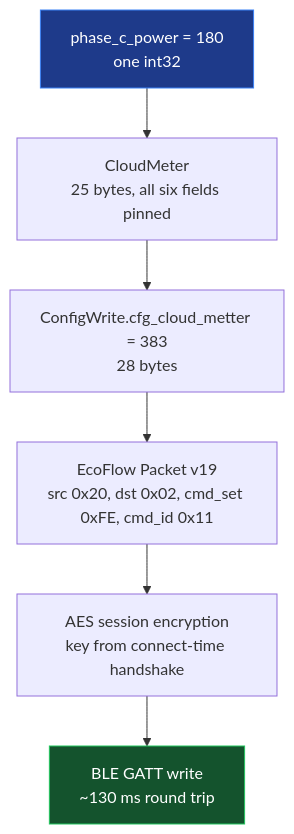
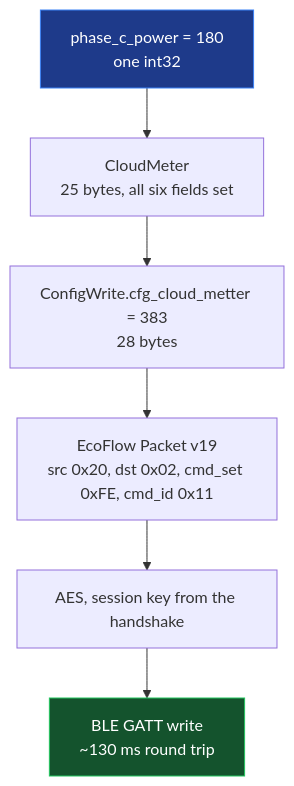
The sixth of 17 diagrams in content/posts/ecoflow-zero-export-ble-meter-injection/index.md (phoinixgrr/mastori), drawn with Mermaid before and after one commit. The commit also changed other lines of this file, not shown here.

First line of the commit message:
Rewrite zero-export post: plainer prose, BIAS named, 17 diagrams

```diff
--- a/content/posts/ecoflow-zero-export-ble-meter-injection/index.md
+++ b/content/posts/ecoflow-zero-export-ble-meter-injection/index.md
@@ -169,11 +218,11 @@
 {{< mermaid >}}
 flowchart TB
-    A["phase_c_power = 180<br/>one int32"] --> B["CloudMeter<br/>25 bytes, all six fields pinned"]
+    A["phase_c_power = 180<br/>one int32"] --> B["CloudMeter<br/>25 bytes, all six fields set"]
     B --> C["ConfigWrite.cfg_cloud_metter = 383<br/>28 bytes"]
     C --> D["EcoFlow Packet v19<br/>src 0x20, dst 0x02, cmd_set 0xFE, cmd_id 0x11"]
-    D --> E["AES session encryption<br/>key from connect-time handshake"]
+    D --> E["AES, session key from the handshake"]
     E --> F["BLE GATT write<br/>~130 ms round trip"]
 
     style A fill:#1e3a8a,stroke:#3b82f6,color:#fff
     style F fill:#14532d,stroke:#22c55e,color:#fff
 {{< /mermaid >}}
```
